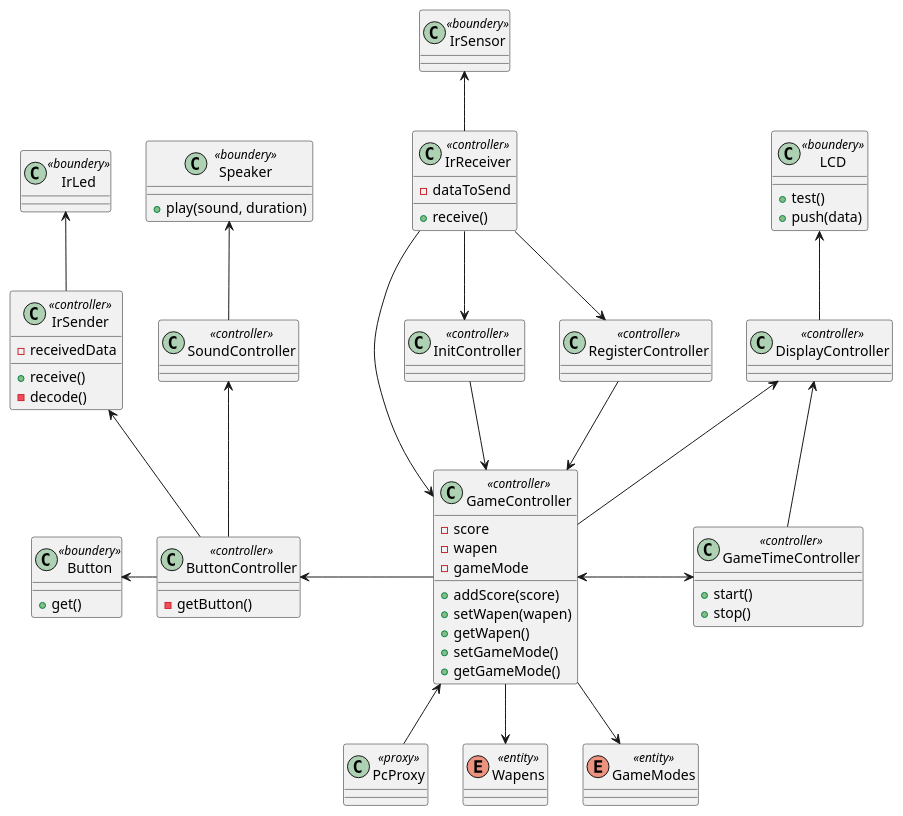
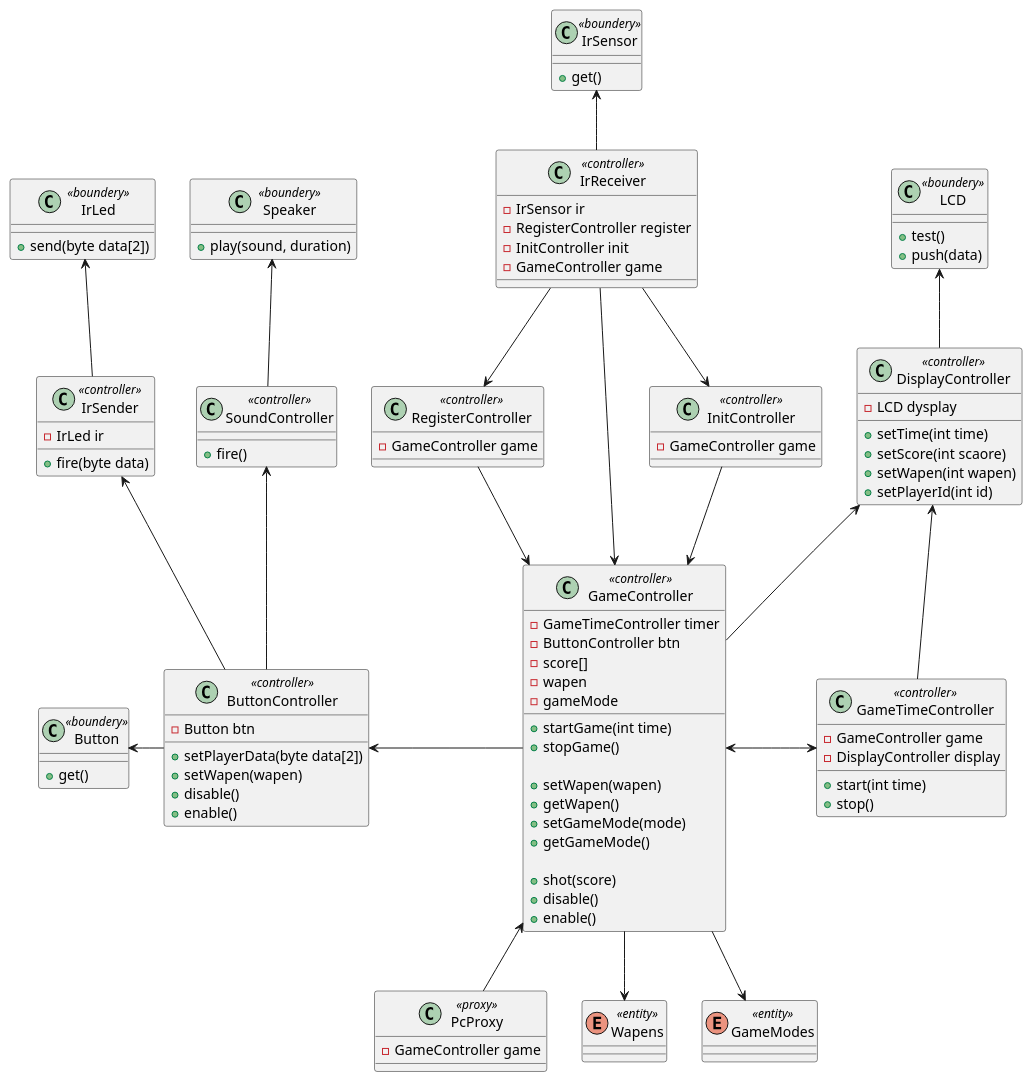
Before and after one commit to DavidDriessen/Skilled-Eagle_Lazer-Game: the diagram in Docs/architecture/class.puml, drawn with PlantUML.

Commit message:
class diagram update

```diff
--- a/Docs/architecture/class.puml
+++ b/Docs/architecture/class.puml
@@ -1,84 +1,112 @@
 @startuml
 
 class LCD <<boundery>> {
 +test()
 +push(data)
 }
 class IrSensor <<boundery>> {
++get()
 }
 class IrLed <<boundery>> {
++send(byte data[2])
 }
 class Button <<boundery>> {
 +get()
 }
 class Speaker <<boundery>> {
 +play(sound, duration)
 }
 
-class PcProxy <<proxy>> {
+class DisplayController <<controller>> {
+-LCD dysplay
++setTime(int time)
++setScore(int scaore)
++setWapen(int wapen)
++setPlayerId(int id)
+}
+class IrReceiver <<controller>> {
+-IrSensor ir
+-RegisterController register
+-InitController init
+-GameController game
+}
+class IrSender <<controller>> {
+-IrLed ir
++fire(byte data)
+}
+class ButtonController <<controller>> {
+-Button btn
++setPlayerData(byte data[2])
++setWapen(wapen)
++disable()
++enable()
+}
+class SoundController <<controller>> {
++fire()
 }
 
-class IrReceiver <<controller>> {
--dataToSend
-+receive()
+class PcProxy <<proxy>> {
+-GameController game
 }
-class IrSender <<controller>> {
--receivedData
-+receive()
--decode()
-}
-class SoundController <<controller>> {
-}
-class DisplayController <<controller>> {
-}
-class ButtonController <<controller>> {
--getButton()
-}
+
 class GameController <<controller>> {
--score
+-GameTimeController timer
+-ButtonController btn
+-score[]
 -wapen
 -gameMode
-+addScore(score)
+
++startGame(int time)
++stopGame()
+
 +setWapen(wapen)
 +getWapen()
-+setGameMode()
++setGameMode(mode)
 +getGameMode()
+
++shot(score)
++disable()
++enable()
 }
 class GameTimeController <<controller>> {
-+start()
+-GameController game
+-DisplayController display
++start(int time)
 +stop()
 }
 class InitController <<controller>> {
+-GameController game
 }
 class RegisterController <<controller>> {
+-GameController game
 }
 
 enum Wapens <<entity>>
 enum GameModes <<entity>>
 
 LCD <-- DisplayController
 IrSensor <-- IrReceiver
 IrLed <-- IrSender
 Button <- ButtonController
 Speaker <-- SoundController
 
 IrReceiver --> GameController
 IrReceiver --> InitController
 IrReceiver --> RegisterController
 
 InitController --> GameController
 RegisterController --> GameController
 
 GameController <-> GameTimeController
 DisplayController <-- GameTimeController
 DisplayController <-- GameController
 
 ButtonController <- GameController
 IrSender <-- ButtonController
 SoundController <-- ButtonController
 
 GameController -->  Wapens
 GameController --> GameModes
 GameController <-- PcProxy
 
 @enduml
```
